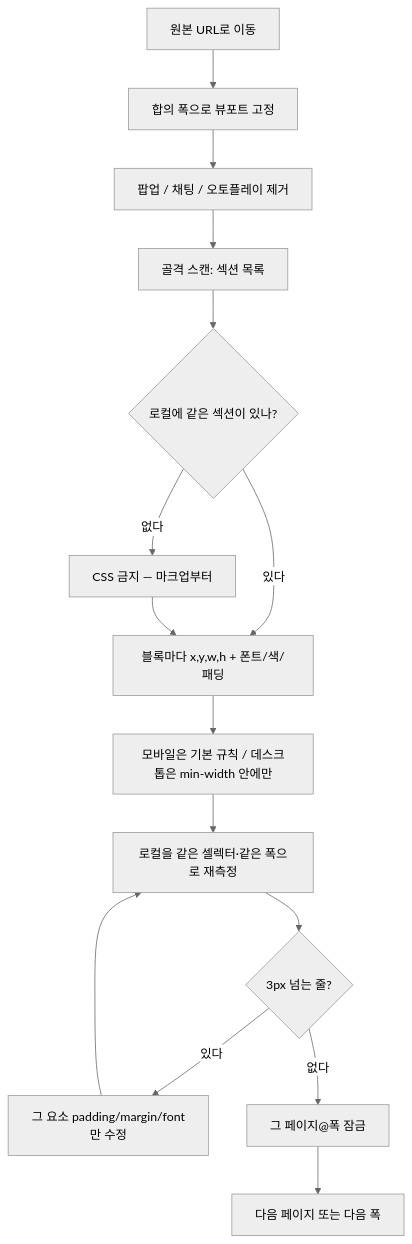
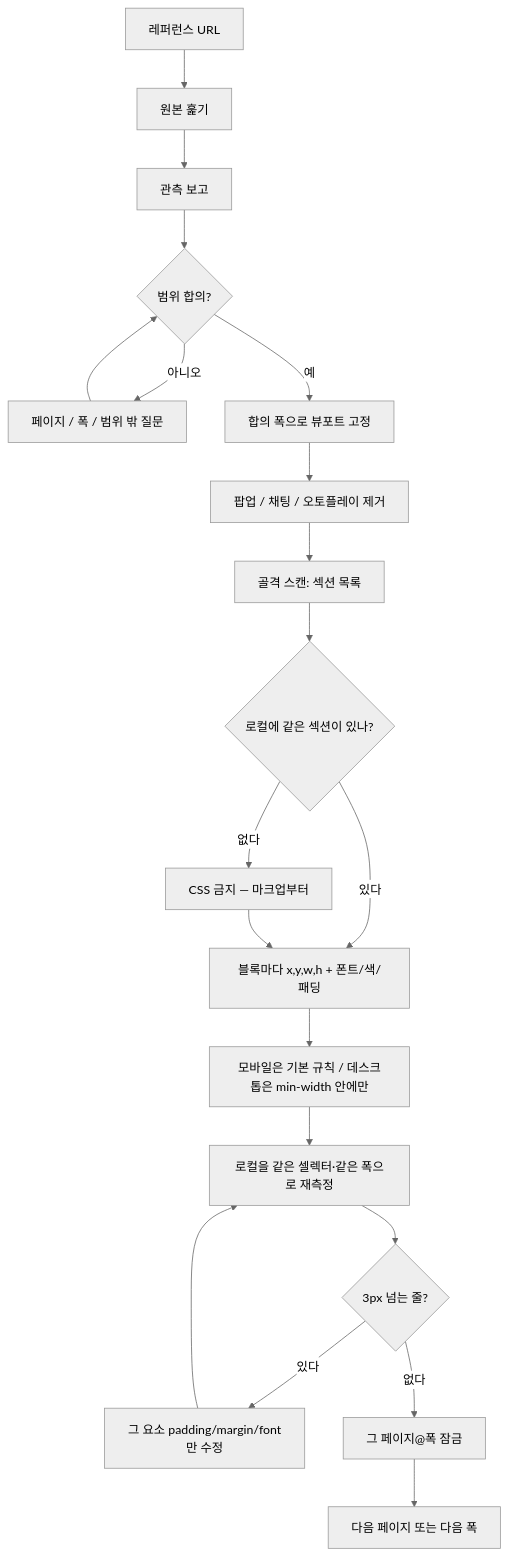
The first of 3 diagrams in README.md (pioneer3339/pixel-clone), drawn with Mermaid (neutral theme) before and after one commit. The commit also changed other lines of this file and 2 other files, not shown here.

Commit message:
Ask clone scope from the reference URL before starting the loop.

````diff
--- a/README.md
+++ b/README.md
@@ -91,17 +94,22 @@
 ```mermaid
 flowchart TD
-  A[원본 URL로 이동] --> B[합의 폭으로 뷰포트 고정]
-  B --> C[팝업 / 채팅 / 오토플레이 제거]
-  C --> D[골격 스캔: 섹션 목록]
-  D --> E{로컬에 같은 섹션이 있나?}
-  E -->|없다| F[CSS 금지 — 마크업부터]
-  E -->|있다| G["블록마다 x,y,w,h + 폰트/색/패딩"]
-  F --> G
-  G --> H[모바일은 기본 규칙 / 데스크톱은 min-width 안에만]
-  H --> I[로컬을 같은 셀렉터·같은 폭으로 재측정]
-  I --> J{3px 넘는 줄?}
-  J -->|있다| K[그 요소 padding/margin/font만 수정]
-  K --> I
-  J -->|없다| L["그 페이지@폭 잠금"]
-  L --> M[다음 페이지 또는 다음 폭]
+  A[레퍼런스 URL] --> B[원본 훑기]
+  B --> C[관측 보고]
+  C --> D{범위 합의?}
+  D -->|아니오| E[페이지 / 폭 / 범위 밖 질문]
+  E --> D
+  D -->|예| F[합의 폭으로 뷰포트 고정]
+  F --> G[팝업 / 채팅 / 오토플레이 제거]
+  G --> H[골격 스캔: 섹션 목록]
+  H --> I{로컬에 같은 섹션이 있나?}
+  I -->|없다| J[CSS 금지 — 마크업부터]
+  I -->|있다| K["블록마다 x,y,w,h + 폰트/색/패딩"]
+  J --> K
+  K --> L[모바일은 기본 규칙 / 데스크톱은 min-width 안에만]
+  L --> M[로컬을 같은 셀렉터·같은 폭으로 재측정]
+  M --> N{3px 넘는 줄?}
+  N -->|있다| O[그 요소 padding/margin/font만 수정]
+  O --> M
+  N -->|없다| P["그 페이지@폭 잠금"]
+  P --> Q[다음 페이지 또는 다음 폭]
 ```
````
